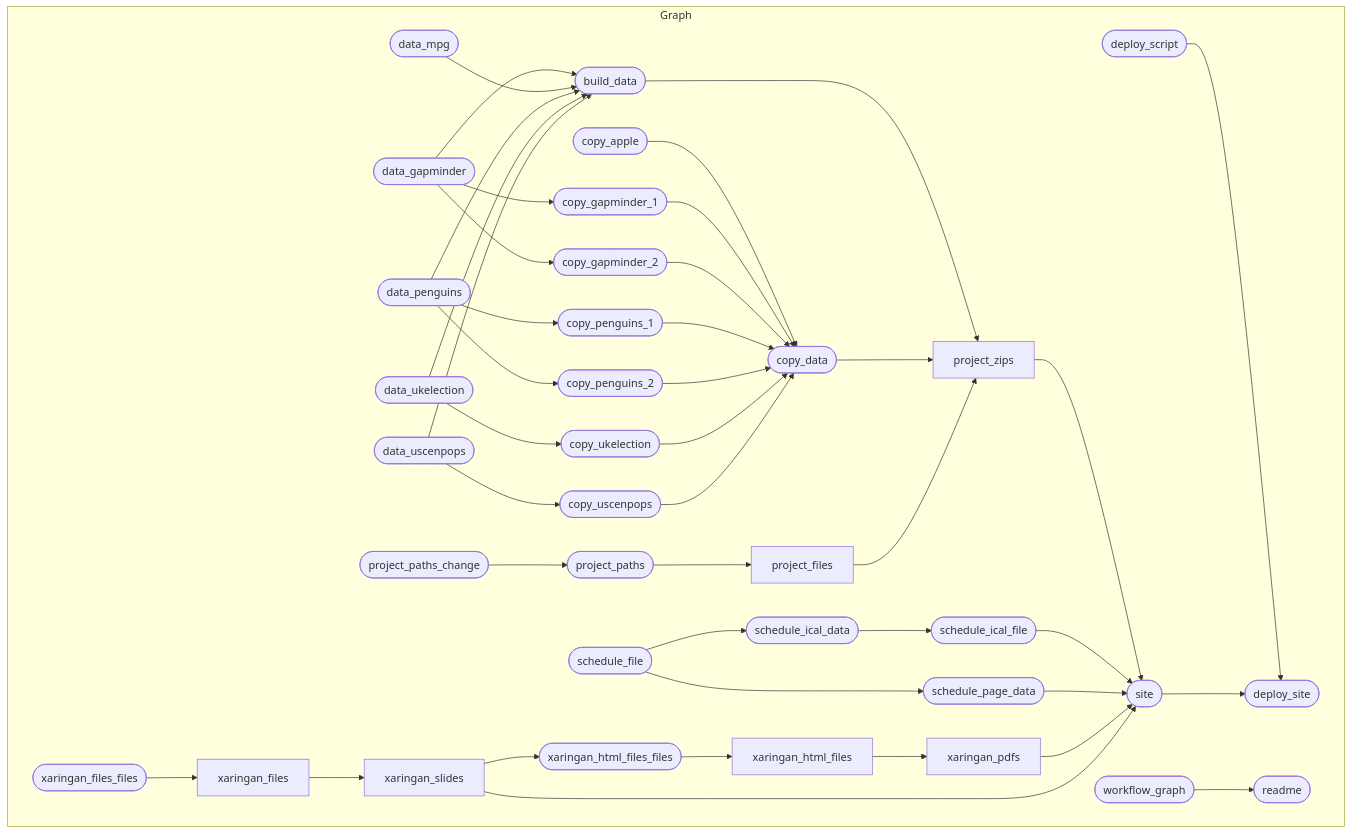
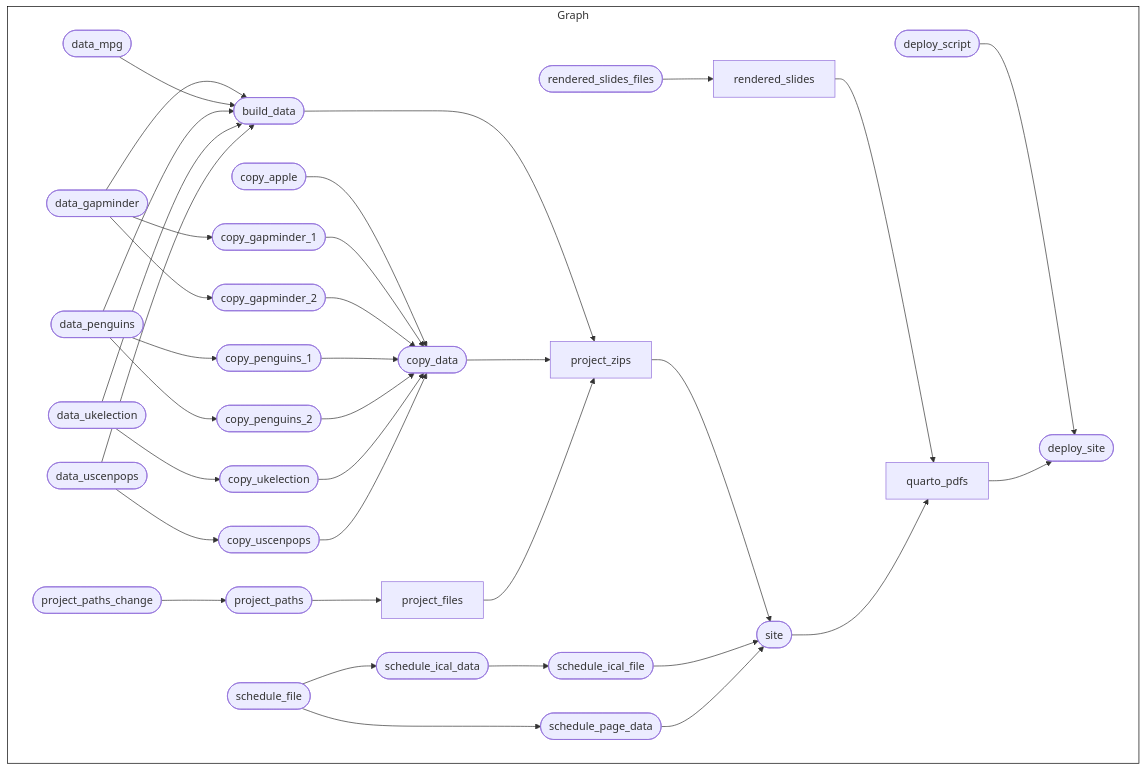
Before and after one commit to kjhealy/vsd: the diagram in README.md, drawn with Mermaid. The commit also changed other lines of this file and 5 other files, not shown here.

Commit message:
Just do the mermaid manually

````diff
--- a/README.md
+++ b/README.md
@@ -30,45 +26,41 @@
 ``` mermaid
 graph LR
+  style Graph fill:#FFFFFF00,stroke:#000000;
   subgraph Graph
     direction LR
-    xdf832f8e1f99baf2(["schedule_file"]):::built --> x35552a73efe9c59f(["schedule_ical_data"]):::queued
-    x9c20b8c56debbe9a(["deploy_script"]):::built --> x78f3e0b711425f1c(["deploy_site"]):::queued
-    x7aa56383a054e8ba(["site"]):::queued --> x78f3e0b711425f1c(["deploy_site"]):::queued
-    x8f8d91dfd2b7ce09(["copy_apple"]):::built --> x41092a7251862a9e(["copy_data"]):::queued
-    xa4a8dd78d5a40779(["copy_gapminder_1"]):::queued --> x41092a7251862a9e(["copy_data"]):::queued
-    xd72dc1eb9f3c29fa(["copy_gapminder_2"]):::queued --> x41092a7251862a9e(["copy_data"]):::queued
-    xd7b98308373143d5(["copy_penguins_1"]):::queued --> x41092a7251862a9e(["copy_data"]):::queued
-    xda4c206f717d9055(["copy_penguins_2"]):::queued --> x41092a7251862a9e(["copy_data"]):::queued
-    x9cc68041722e9d3c(["copy_ukelection"]):::queued --> x41092a7251862a9e(["copy_data"]):::queued
-    xd8c4ca61f745e89a(["copy_uscenpops"]):::queued --> x41092a7251862a9e(["copy_data"]):::queued
-    x2eefacb16aa347d9(["data_ukelection"]):::built --> x9cc68041722e9d3c(["copy_ukelection"]):::queued
-    x0751853b619def05["xaringan_html_files"]:::queued --> xccbb2c85646c611a["xaringan_pdfs"]:::queued
-    xb4844be3dca7f02b(["project_paths"]):::queued --> x7a8b235bff1bfb75["project_files"]:::queued
-    x7a0d40becb063bda(["xaringan_html_files_files"]):::queued --> x0751853b619def05["xaringan_html_files"]:::queued
-    xeaf4f7bf10c16d9f(["data_uscenpops"]):::queued --> xd8c4ca61f745e89a(["copy_uscenpops"]):::queued
-    x1917c787a0a4a0fd["project_zips"]:::queued --> x7aa56383a054e8ba(["site"]):::queued
-    x4d31f5a49d5ae49f(["schedule_ical_file"]):::queued --> x7aa56383a054e8ba(["site"]):::queued
-    x063edd335cc1b36f(["schedule_page_data"]):::queued --> x7aa56383a054e8ba(["site"]):::queued
-    xccbb2c85646c611a["xaringan_pdfs"]:::queued --> x7aa56383a054e8ba(["site"]):::queued
-    x60c212b45249134a["xaringan_slides"]:::queued --> x7aa56383a054e8ba(["site"]):::queued
-    x4a210bdf90796bca(["xaringan_files_files"]):::built --> xf4774655f169db90["xaringan_files"]:::queued
-    x8288901d8e9e8d55(["data_gapminder"]):::queued --> xb453b5ae08dcaee7(["build_data"]):::queued
-    x182180f03bcfc8dc(["data_mpg"]):::built --> xb453b5ae08dcaee7(["build_data"]):::queued
-    xa3d8306cecf136f4(["data_penguins"]):::queued --> xb453b5ae08dcaee7(["build_data"]):::queued
-    x2eefacb16aa347d9(["data_ukelection"]):::built --> xb453b5ae08dcaee7(["build_data"]):::queued
-    xeaf4f7bf10c16d9f(["data_uscenpops"]):::queued --> xb453b5ae08dcaee7(["build_data"]):::queued
-    xa48826fcb4dc2e34(["project_paths_change"]):::queued --> xb4844be3dca7f02b(["project_paths"]):::queued
-    xb453b5ae08dcaee7(["build_data"]):::queued --> x1917c787a0a4a0fd["project_zips"]:::queued
-    x41092a7251862a9e(["copy_data"]):::queued --> x1917c787a0a4a0fd["project_zips"]:::queued
-    x7a8b235bff1bfb75["project_files"]:::queued --> x1917c787a0a4a0fd["project_zips"]:::queued
-    xf4774655f169db90["xaringan_files"]:::queued --> x60c212b45249134a["xaringan_slides"]:::queued
-    x8288901d8e9e8d55(["data_gapminder"]):::queued --> xa4a8dd78d5a40779(["copy_gapminder_1"]):::queued
-    x8288901d8e9e8d55(["data_gapminder"]):::queued --> xd72dc1eb9f3c29fa(["copy_gapminder_2"]):::queued
-    x60c212b45249134a["xaringan_slides"]:::queued --> x7a0d40becb063bda(["xaringan_html_files_files"]):::queued
-    xdf832f8e1f99baf2(["schedule_file"]):::built --> x063edd335cc1b36f(["schedule_page_data"]):::queued
-    xf38d3f5e6365ad72(["workflow_graph"]):::started --> x6e52cb0f1668cc22(["readme"]):::queued
-    xa3d8306cecf136f4(["data_penguins"]):::queued --> xd7b98308373143d5(["copy_penguins_1"]):::queued
-    xa3d8306cecf136f4(["data_penguins"]):::queued --> xda4c206f717d9055(["copy_penguins_2"]):::queued
-    x35552a73efe9c59f(["schedule_ical_data"]):::queued --> x4d31f5a49d5ae49f(["schedule_ical_file"]):::queued
+    x2eefacb16aa347d9(["data_ukelection"]):::skipped --> x9cc68041722e9d3c(["copy_ukelection"]):::skipped
+    x9c20b8c56debbe9a(["deploy_script"]):::skipped --> x78f3e0b711425f1c(["deploy_site"]):::skipped
+    x6e713768fe05f8d1["quarto_pdfs"]:::built --> x78f3e0b711425f1c(["deploy_site"]):::skipped
+    x8288901d8e9e8d55(["data_gapminder"]):::skipped --> xa4a8dd78d5a40779(["copy_gapminder_1"]):::skipped
+    xb453b5ae08dcaee7(["build_data"]):::skipped --> x1917c787a0a4a0fd["project_zips"]:::skipped
+    x41092a7251862a9e(["copy_data"]):::skipped --> x1917c787a0a4a0fd["project_zips"]:::skipped
+    x7a8b235bff1bfb75["project_files"]:::skipped --> x1917c787a0a4a0fd["project_zips"]:::skipped
+    x8288901d8e9e8d55(["data_gapminder"]):::skipped --> xd72dc1eb9f3c29fa(["copy_gapminder_2"]):::skipped
+    x0d47bc58bf5ef066(["rendered_slides_files"]):::built --> xf88b542822cde7c4["rendered_slides"]:::skipped
+    x1917c787a0a4a0fd["project_zips"]:::skipped --> x7aa56383a054e8ba(["site"]):::built
+    x4d31f5a49d5ae49f(["schedule_ical_file"]):::skipped --> x7aa56383a054e8ba(["site"]):::built
+    x063edd335cc1b36f(["schedule_page_data"]):::skipped --> x7aa56383a054e8ba(["site"]):::built
+    x35552a73efe9c59f(["schedule_ical_data"]):::skipped --> x4d31f5a49d5ae49f(["schedule_ical_file"]):::skipped
+    xdf832f8e1f99baf2(["schedule_file"]):::skipped --> x063edd335cc1b36f(["schedule_page_data"]):::skipped
+    x8288901d8e9e8d55(["data_gapminder"]):::skipped --> xb453b5ae08dcaee7(["build_data"]):::skipped
+    x182180f03bcfc8dc(["data_mpg"]):::skipped --> xb453b5ae08dcaee7(["build_data"]):::skipped
+    xa3d8306cecf136f4(["data_penguins"]):::skipped --> xb453b5ae08dcaee7(["build_data"]):::skipped
+    x2eefacb16aa347d9(["data_ukelection"]):::skipped --> xb453b5ae08dcaee7(["build_data"]):::skipped
+    xeaf4f7bf10c16d9f(["data_uscenpops"]):::skipped --> xb453b5ae08dcaee7(["build_data"]):::skipped
+    xb4844be3dca7f02b(["project_paths"]):::built --> x7a8b235bff1bfb75["project_files"]:::skipped
+    x8f8d91dfd2b7ce09(["copy_apple"]):::skipped --> x41092a7251862a9e(["copy_data"]):::skipped
+    xa4a8dd78d5a40779(["copy_gapminder_1"]):::skipped --> x41092a7251862a9e(["copy_data"]):::skipped
+    xd72dc1eb9f3c29fa(["copy_gapminder_2"]):::skipped --> x41092a7251862a9e(["copy_data"]):::skipped
+    xd7b98308373143d5(["copy_penguins_1"]):::skipped --> x41092a7251862a9e(["copy_data"]):::skipped
+    xda4c206f717d9055(["copy_penguins_2"]):::skipped --> x41092a7251862a9e(["copy_data"]):::skipped
+    x9cc68041722e9d3c(["copy_ukelection"]):::skipped --> x41092a7251862a9e(["copy_data"]):::skipped
+    xd8c4ca61f745e89a(["copy_uscenpops"]):::skipped --> x41092a7251862a9e(["copy_data"]):::skipped
+    xa48826fcb4dc2e34(["project_paths_change"]):::built --> xb4844be3dca7f02b(["project_paths"]):::built
+    xdf832f8e1f99baf2(["schedule_file"]):::skipped --> x35552a73efe9c59f(["schedule_ical_data"]):::skipped
+    xa3d8306cecf136f4(["data_penguins"]):::skipped --> xd7b98308373143d5(["copy_penguins_1"]):::skipped
+    xa3d8306cecf136f4(["data_penguins"]):::skipped --> xda4c206f717d9055(["copy_penguins_2"]):::skipped
+    xeaf4f7bf10c16d9f(["data_uscenpops"]):::skipped --> xd8c4ca61f745e89a(["copy_uscenpops"]):::skipped
+    xf88b542822cde7c4["rendered_slides"]:::skipped --> x6e713768fe05f8d1["quarto_pdfs"]:::built
+    x7aa56383a054e8ba(["site"]):::built --> x6e713768fe05f8d1["quarto_pdfs"]:::built
   end
 ```
````
